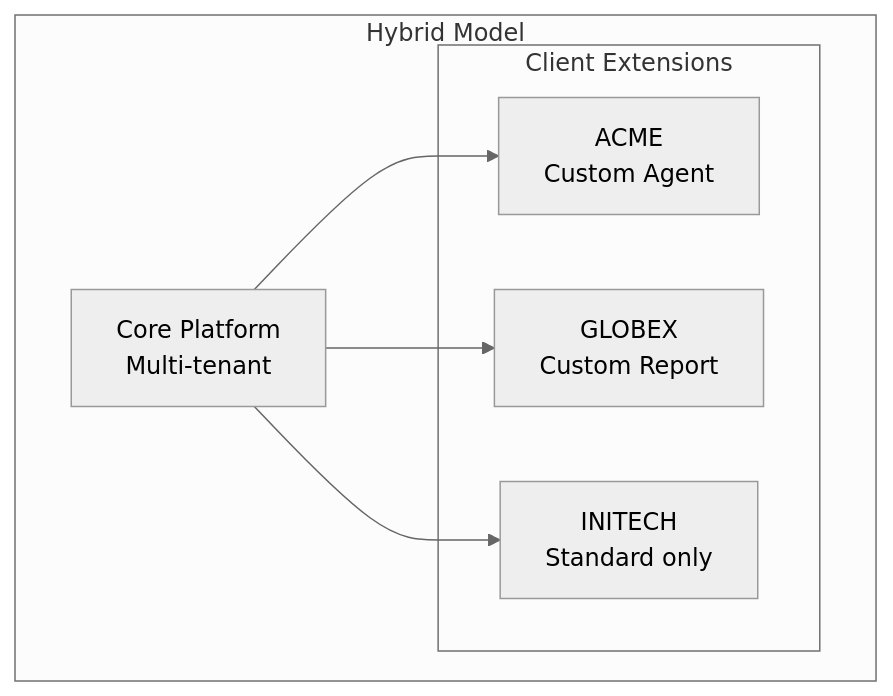
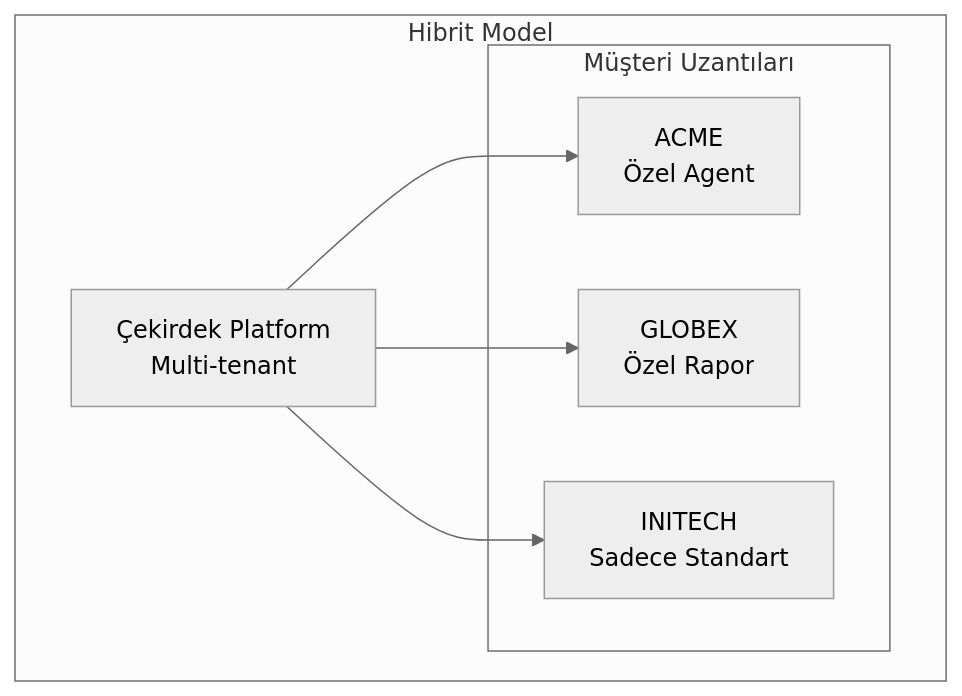
One commit to beyhanmeyrali/sap-all changed the seventh of 8 diagrams in Technical Tutorials/BTP/TR/chapters/13-cross-customer-deployments.md. Above: the diagram before and after it, drawn with Mermaid (neutral theme). The commit also changed other lines of this file and 11 other files, not shown here.

````diff
--- a/Technical Tutorials/BTP/TR/chapters/13-cross-customer-deployments.md
+++ b/Technical Tutorials/BTP/TR/chapters/13-cross-customer-deployments.md
@@ -253,16 +253,16 @@
 ```mermaid
 graph TD
-    subgraph "Hybrid Model"
-        CORE[Core Platform<br/>Multi-tenant]
+    subgraph "Hibrit Model"
+        CORE[Çekirdek Platform<br/>Multi-tenant]
 
-        subgraph "Client Extensions"
-            EXT1[ACME<br/>Custom Agent]
-            EXT2[GLOBEX<br/>Custom Report]
-            EXT3[INITECH<br/>Standard only]
+        subgraph "Müşteri Uzantıları"
+            EXT1[ACME<br/>Özel Agent]
+            EXT2[GLOBEX<br/>Özel Rapor]
+            EXT3[INITECH<br/>Sadece Standart]
         end
 
         CORE --> EXT1
         CORE --> EXT2
         CORE --> EXT3
     end
 ```
````
